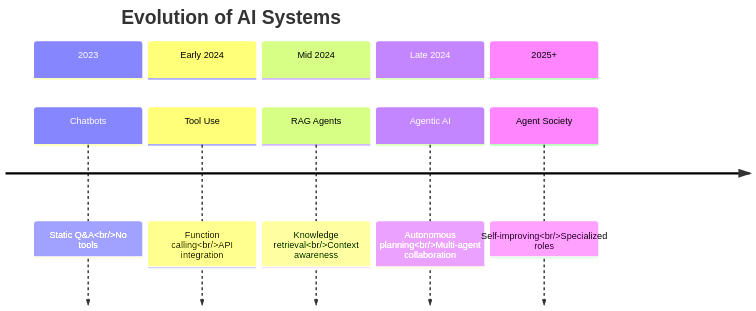
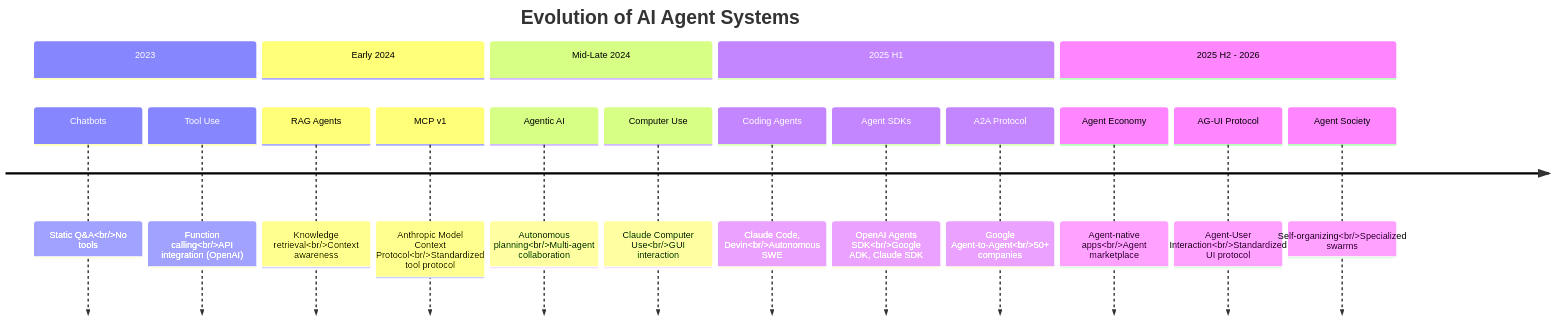
Before and after one commit to YiWang24/AiDIY: the first of 2 diagrams in docs/ai/agents/index.mdx, drawn with Mermaid. The commit also changed other lines of this file and 14 other files, not shown here.

````diff
--- a/docs/ai/agents/index.mdx
+++ b/docs/ai/agents/index.mdx
@@ -44,14 +44,21 @@
 ```mermaid
 timeline
-    title Evolution of AI Systems
+    title Evolution of AI Agent Systems
     section 2023
         Chatbots : Static Q&A<br/>No tools
+        Tool Use : Function calling<br/>API integration (OpenAI)
     section Early 2024
-        Tool Use : Function calling<br/>API integration
-    section Mid 2024
         RAG Agents : Knowledge retrieval<br/>Context awareness
-    section Late 2024
+        MCP v1 : Anthropic Model Context Protocol<br/>Standardized tool protocol
+    section Mid-Late 2024
         Agentic AI : Autonomous planning<br/>Multi-agent collaboration
-    section 2025+
-        Agent Society : Self-improving<br/>Specialized roles
+        Computer Use : Claude Computer Use<br/>GUI interaction
+    section 2025 H1
+        Coding Agents : Claude Code, Devin<br/>Autonomous SWE
+        Agent SDKs : OpenAI Agents SDK<br/>Google ADK, Claude SDK
+        A2A Protocol : Google Agent-to-Agent<br/>50+ companies
+    section 2025 H2 - 2026
+        Agent Economy : Agent-native apps<br/>Agent marketplace
+        AG-UI Protocol : Agent-User Interaction<br/>Standardized UI protocol
+        Agent Society : Self-organizing<br/>Specialized swarms
 ```
````
